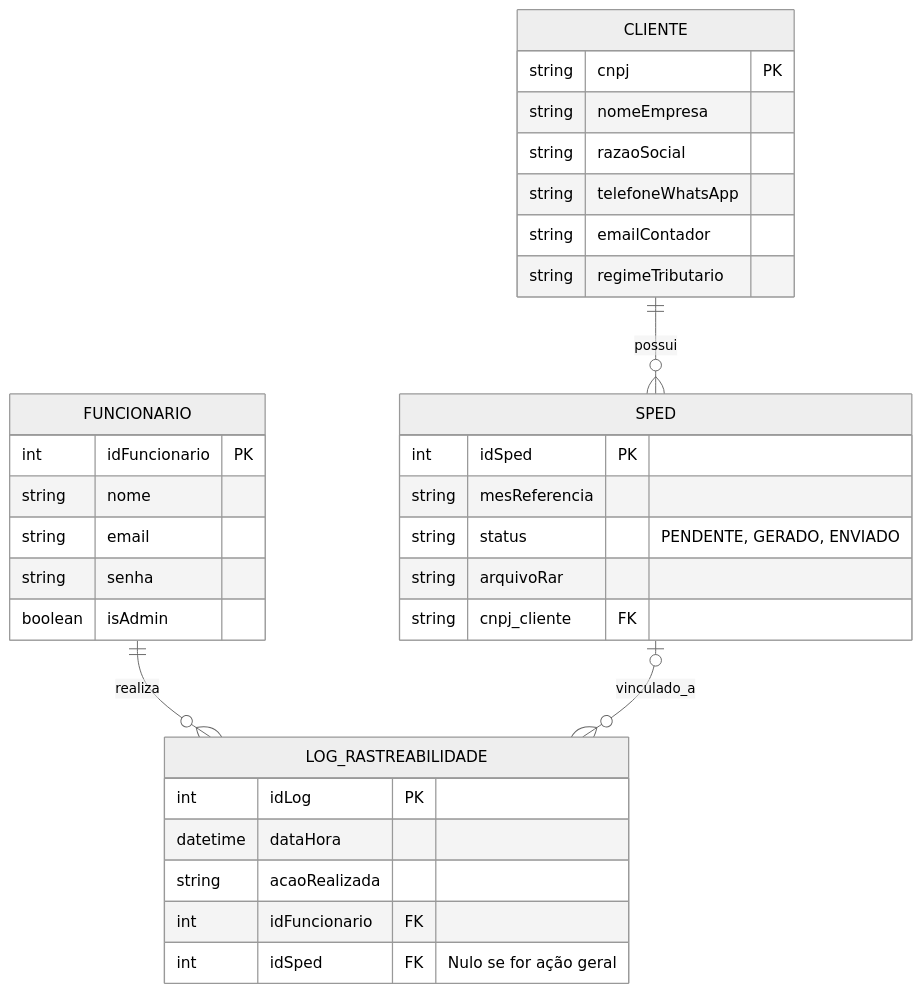
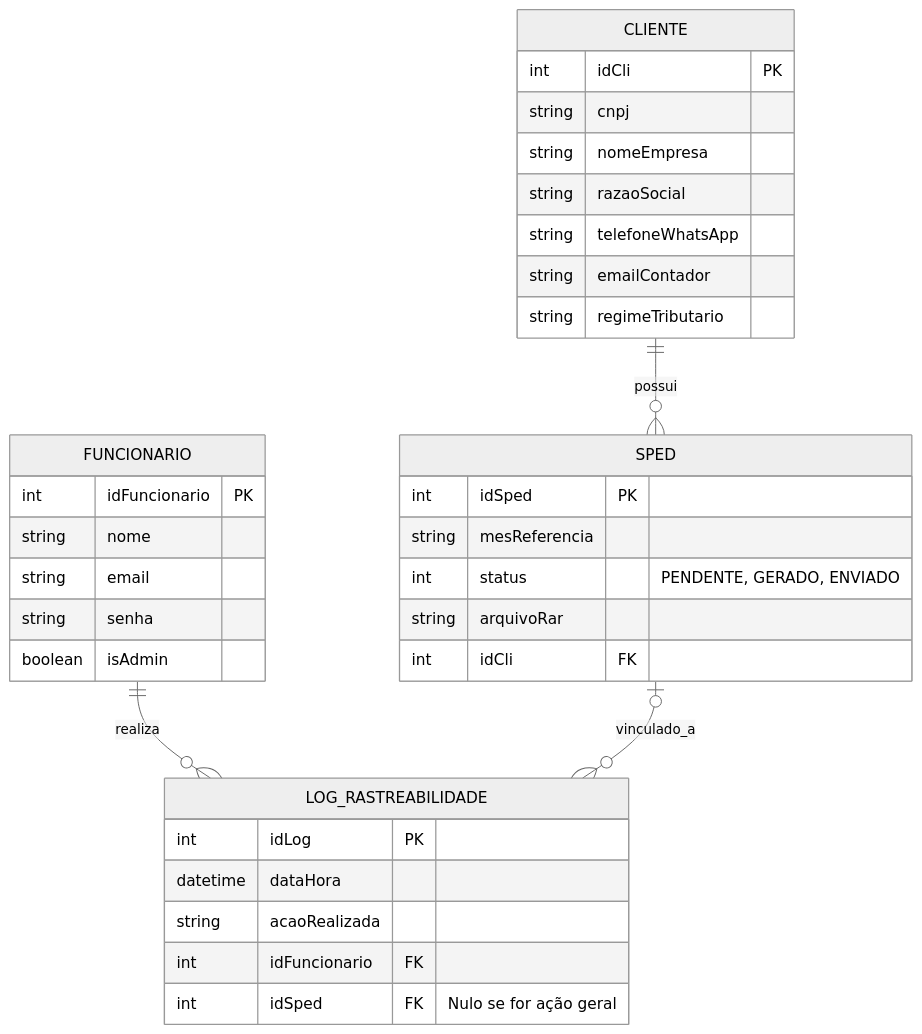
One commit to Renan988/Projeto-Engenharia-I changed the second of 2 diagrams in docs/doc-modelos.md. Above: the diagram before and after it, drawn with Mermaid (neutral theme). The commit also changed 1 other file, not shown here.

Commit message:
docs: fix dominio dos atributos no diagrama conceitual

````diff
--- a/docs/doc-modelos.md
+++ b/docs/doc-modelos.md
@@ -73,39 +73,40 @@
 ```mermaid
 erDiagram
     FUNCIONARIO ||--o{ LOG_RASTREABILIDADE : "realiza"
     CLIENTE ||--o{ SPED : "possui"
     SPED |o--o{ LOG_RASTREABILIDADE : "vinculado_a"
 
     FUNCIONARIO {
         int idFuncionario PK
         string nome
         string email
         string senha
         boolean isAdmin
     }
 
     LOG_RASTREABILIDADE {
         int idLog PK
         datetime dataHora
         string acaoRealizada
         int idFuncionario FK
         int idSped FK "Nulo se for ação geral"
     }
 
     CLIENTE {
-        string cnpj PK
+        int idCli PK
+        string cnpj
         string nomeEmpresa
         string razaoSocial
         string telefoneWhatsApp
         string emailContador
         string regimeTributario
     }
 
     SPED {
         int idSped PK
         string mesReferencia
-        string status "PENDENTE, GERADO, ENVIADO"
+        int status "PENDENTE, GERADO, ENVIADO"
         string arquivoRar
-        string cnpj_cliente FK
+        int idCli FK
     }
 ```
````
